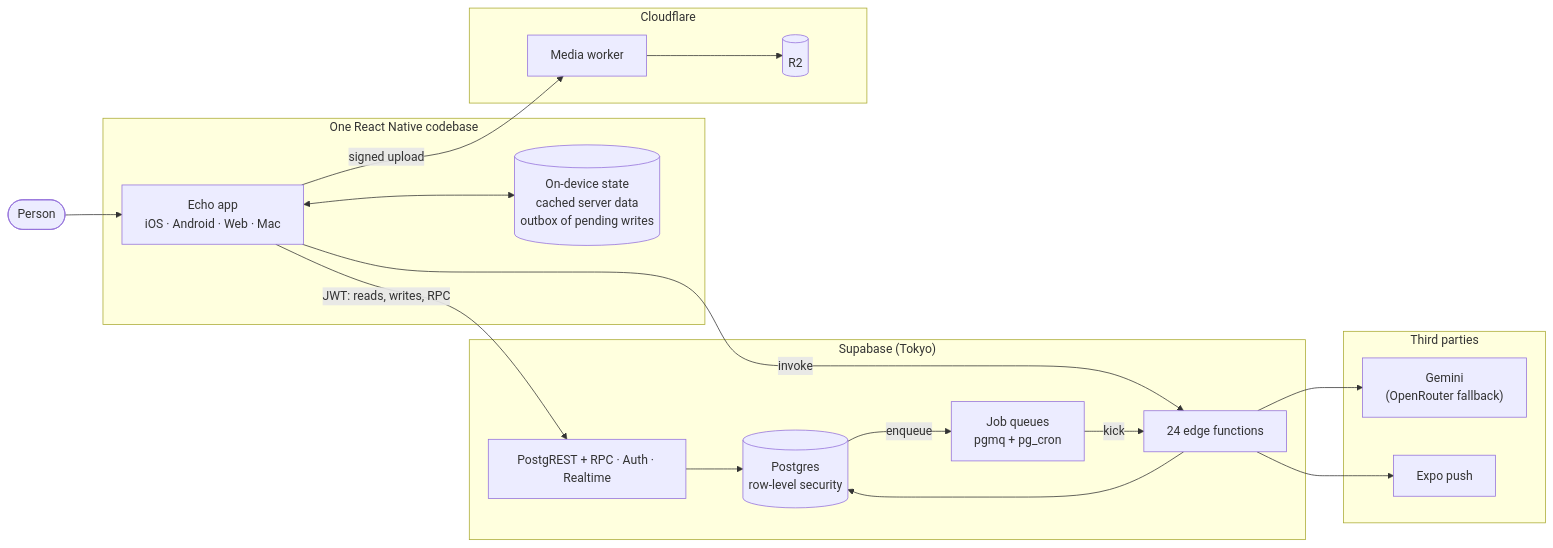
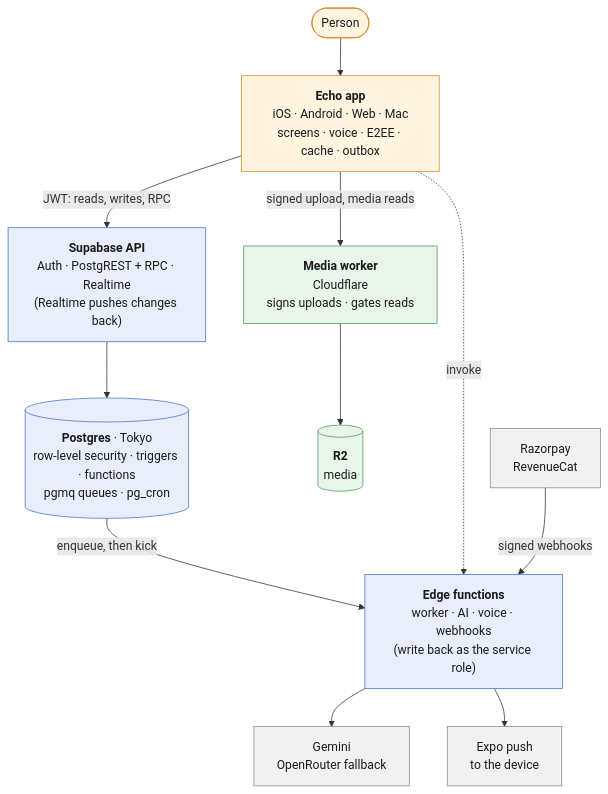
The first of 6 diagrams in README.md (Ak2556/echo-mobile), drawn with Mermaid before and after one commit. The commit also changed other lines of this file, not shown here.

First line of the commit message:
README: add a system design diagram, a data flow diagram and four flow diagrams

````diff
--- a/README.md
+++ b/README.md
@@ -107,35 +109,26 @@
 ```mermaid
-flowchart LR
-    U(["Person"]) --> APP
+flowchart TB
+    U(["Person"]) --> APP["<b>Echo app</b><br/>iOS · Android · Web · Mac<br/>screens · voice · E2EE · cache · outbox"]
 
-    subgraph Device["One React Native codebase"]
-        APP["Echo app<br/>iOS · Android · Web · Mac"]
-        LOCAL[("On-device state<br/>cached server data<br/>outbox of pending writes")]
-    end
+    APP -->|"JWT: reads, writes, RPC"| API["<b>Supabase API</b><br/>Auth · PostgREST + RPC · Realtime<br/>(Realtime pushes changes back)"]
+    APP -->|"signed upload, media reads"| WK["<b>Media worker</b><br/>Cloudflare<br/>signs uploads · gates reads"]
 
-    subgraph SB["Supabase (Tokyo)"]
-        API["PostgREST + RPC · Auth · Realtime"]
-        PG[("Postgres<br/>row-level security")]
-        JOBS["Job queues<br/>pgmq + pg_cron"]
-        FN["24 edge functions"]
-    end
+    API --> PG[("<b>Postgres</b> · Tokyo<br/>row-level security · triggers · functions<br/>pgmq queues · pg_cron")]
+    WK --> R2[("<b>R2</b><br/>media")]
 
-    subgraph CF["Cloudflare"]
-        W["Media worker"]
-        R2[("R2")]
-    end
+    PG -->|"enqueue, then kick"| FN["<b>Edge functions</b><br/>worker · AI · voice · webhooks<br/>(write back as the service role)"]
+    APP -.->|"invoke"| FN
 
-    subgraph EXT["Third parties"]
-        AI["Gemini<br/>(OpenRouter fallback)"]
-        PUSH["Expo push"]
-    end
+    FN --> AI["Gemini<br/>OpenRouter fallback"]
+    FN --> PUSH["Expo push<br/>to the device"]
+    PAY["Razorpay<br/>RevenueCat"] -->|"signed webhooks"| FN
 
-    APP <--> LOCAL
-    APP -->|"JWT: reads, writes, RPC"| API --> PG
-    APP -->|"invoke"| FN
-    APP -->|"signed upload"| W --> R2
-    PG -->|"enqueue"| JOBS -->|"kick"| FN
-    FN --> PG
-    FN --> AI
-    FN --> PUSH
+    classDef client fill:#fff4e0,stroke:#d9892b,color:#1a1a1a
+    classDef edge fill:#e8f5e9,stroke:#4c9a5b,color:#1a1a1a
+    classDef sb fill:#e8eefc,stroke:#4a6fd0,color:#1a1a1a
+    classDef ext fill:#f1f1f1,stroke:#8a8a8a,color:#1a1a1a
+    class APP,U client
+    class WK,R2 edge
+    class API,PG,FN sb
+    class AI,PUSH,PAY ext
 ```
````
